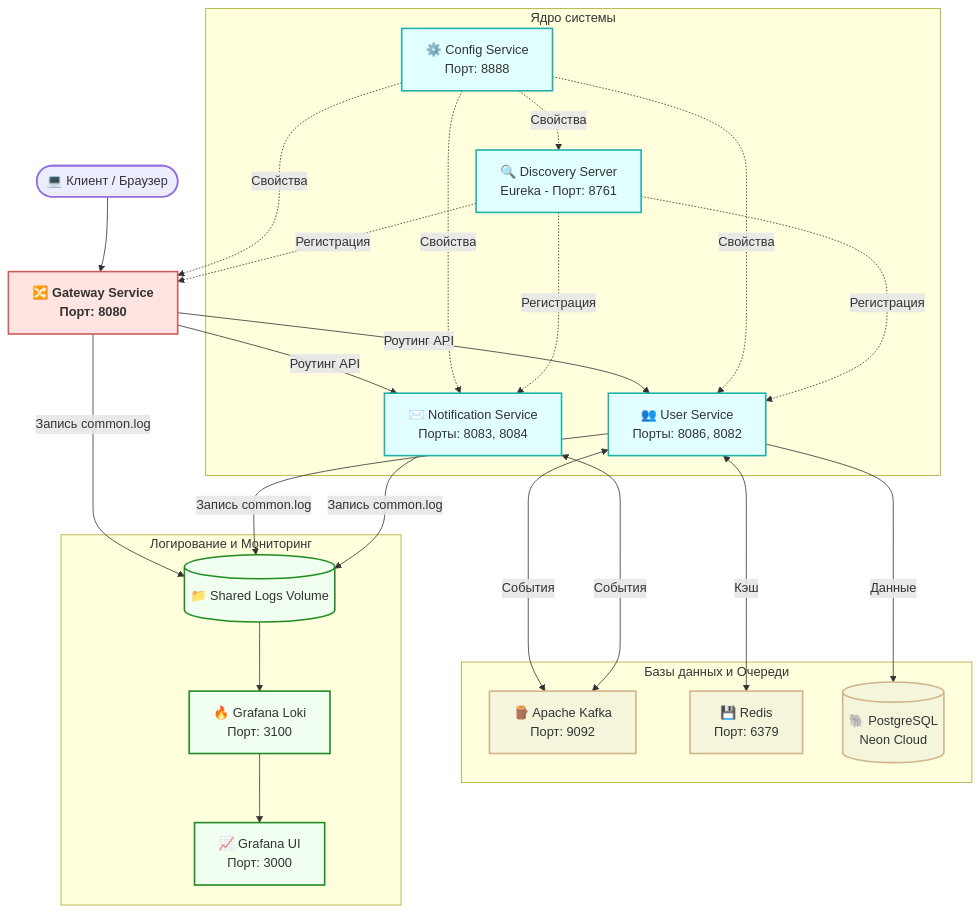
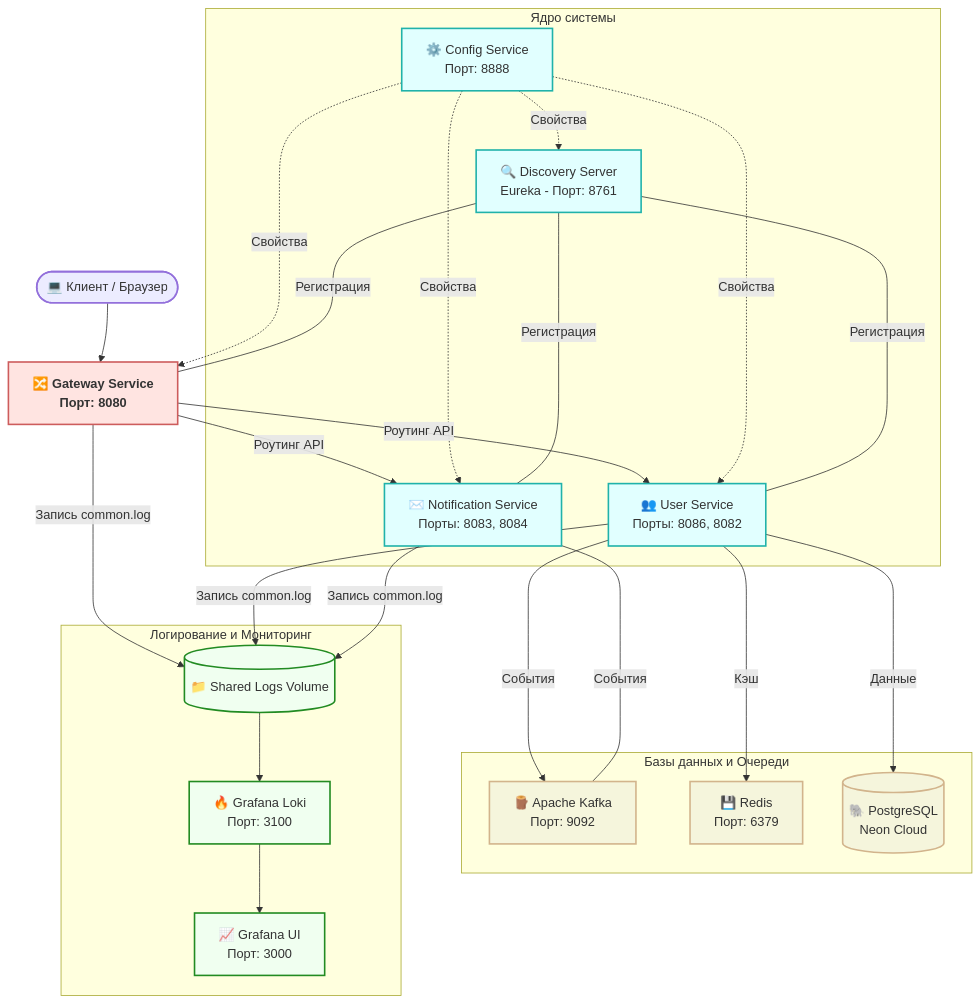
The first of 2 diagrams in README.md (maxitool/user-service), drawn with Mermaid before and after one commit. The commit also changed other lines of this file, not shown here.

````diff
--- a/README.md
+++ b/README.md
@@ -118,48 +80,49 @@
 ```mermaid
 graph TD
     %% Компоненты системы
     Client([💻 Клиент / Браузер]) --> Gateway[🔀 Gateway Service<br/>Порт: 8080]
 
     subgraph Core ["Ядро системы"]
         Config[⚙️ Config Service<br/>Порт: 8888]
         Discovery["🔍 Discovery Server<br/>Eureka - Порт: 8761"]
         US[👥 User Service<br/>Порты: 8086, 8082]
         NS[✉️ Notification Service<br/>Порты: 8083, 8084]
     end
 
     subgraph Infrastructure ["Базы данных и Очереди"]
         Kafka[🪵 Apache Kafka<br/>Порт: 9092]
         Redis[💾 Redis<br/>Порт: 6379]
         DB[(🐘 PostgreSQL<br/>Neon Cloud)]
     end
 
     subgraph Observability ["Логирование и Мониторинг"]
         Volume[(📁 Shared Logs Volume)]
         Loki[🔥 Grafana Loki<br/>Порт: 3100] --> Grafana[📈 Grafana UI<br/>Порт: 3000]
     end
 
     %% Основные потоки данных (Трафик)
     Gateway -->|Роутинг API| US & NS
-    US <-->|Кэш| Redis
+    US --->|Кэш| Redis
     US --->|Данные| DB
-    US & NS <-->|События| Kafka
+    US --->|События| Kafka
+    NS <---|События| Kafka
 
     %% Служебные связи (Сжатые и исправленные)
     Config -.->|Свойства| Discovery & Gateway & US & NS
-    Discovery -.->|Регистрация| Gateway & US & NS
+    Discovery <---|Регистрация| Gateway & US & NS
     Gateway & US & NS -->|Запись common.log| Volume
     Volume --> Loki
 
     %% Стилизация (Безопасно для GitHub)
     classDef client fill:#ececff,stroke:#9370db,stroke-width:2px;
     classDef gateway fill:#ffe4e1,stroke:#cd5c5c,stroke-width:2px,font-weight:bold;
     classDef core fill:#e1ffff,stroke:#20b2aa,stroke-width:2px;
     classDef infra fill:#f5f5dc,stroke:#d2b48c,stroke-width:2px;
     classDef monitor fill:#f0fff0,stroke:#228b22,stroke-width:2px;
 
     class Client client;
     class Gateway gateway;
     class Config,Discovery,US,NS core;
     class Kafka,Redis,DB infra;
     class Volume,Loki,Grafana monitor;
 ```
````
